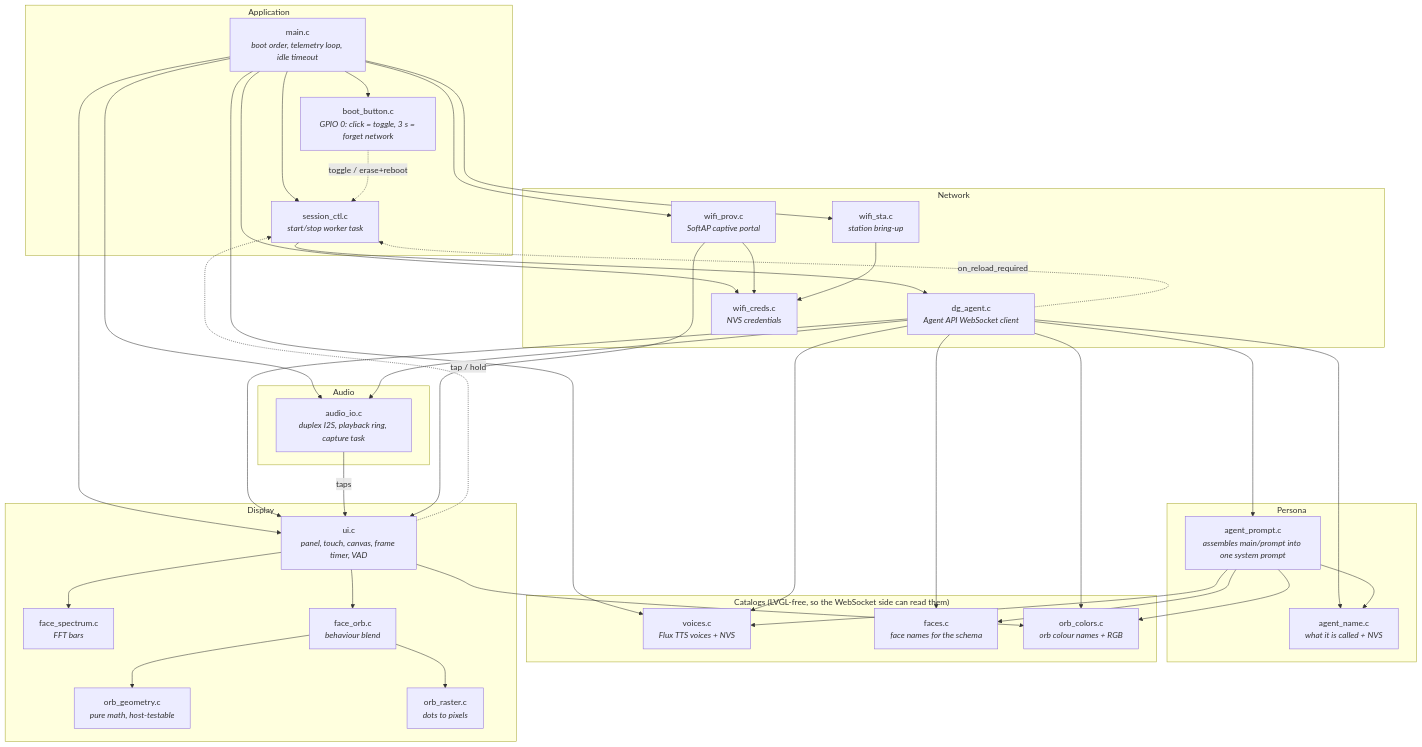
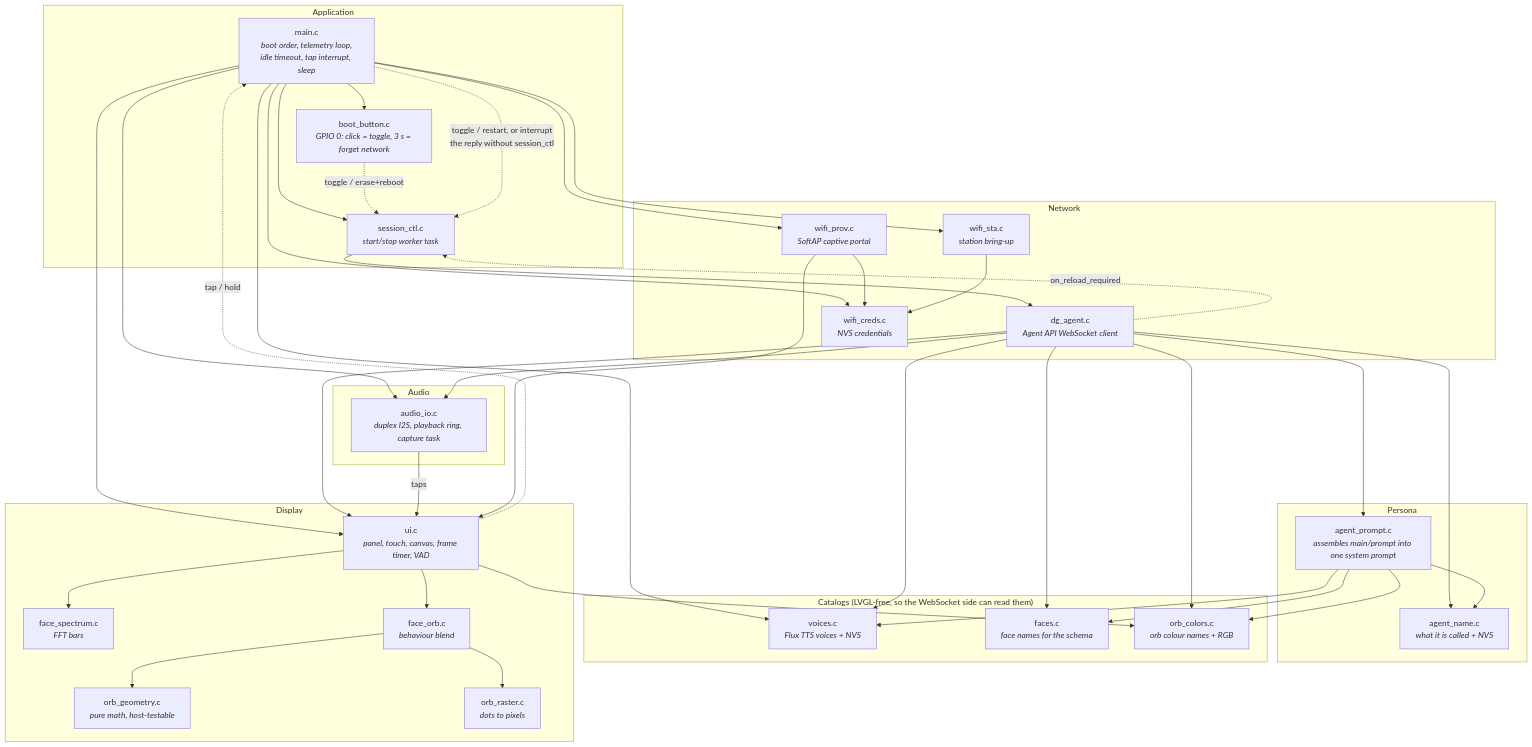
One commit to dg-edcharbeneau/esp32-deepgram-voice-agent changed the first of 9 diagrams in ARCHITECTURE.md. Above: the diagram before and after it, drawn with Mermaid. The commit also changed other lines of this file, not shown here.

Commit message:
updated architecture diagram to reflect new design decisions.

````diff
--- a/ARCHITECTURE.md
+++ b/ARCHITECTURE.md
@@ -20,52 +20,53 @@
 ```mermaid
 flowchart TB
     subgraph app["Application"]
-        main["main.c<br/><i>boot order, telemetry loop, idle timeout</i>"]
+        main["main.c<br/><i>boot order, telemetry loop,<br/>idle timeout, tap interrupt, sleep</i>"]
         session["session_ctl.c<br/><i>start/stop worker task</i>"]
         boot["boot_button.c<br/><i>GPIO 0: click = toggle, 3 s = forget network</i>"]
     end
 
     subgraph net["Network"]
         agent["dg_agent.c<br/><i>Agent API WebSocket client</i>"]
         sta["wifi_sta.c<br/><i>station bring-up</i>"]
         creds["wifi_creds.c<br/><i>NVS credentials</i>"]
         prov["wifi_prov.c<br/><i>SoftAP captive portal</i>"]
     end
 
     subgraph persona["Persona"]
         prompt["agent_prompt.c<br/><i>assembles main/prompt into one system prompt</i>"]
         aname["agent_name.c<br/><i>what it is called + NVS</i>"]
     end
 
     subgraph cat["Catalogs (LVGL-free, so the WebSocket side can read them)"]
         voices["voices.c<br/><i>Flux TTS voices + NVS</i>"]
         faces["faces.c<br/><i>face names for the schema</i>"]
         colors["orb_colors.c<br/><i>orb colour names + RGB</i>"]
     end
 
     subgraph audio["Audio"]
         aio["audio_io.c<br/><i>duplex I2S, playback ring, capture task</i>"]
     end
 
     subgraph disp["Display"]
         ui["ui.c<br/><i>panel, touch, canvas, frame timer, VAD</i>"]
         spectrum["face_spectrum.c<br/><i>FFT bars</i>"]
         orbface["face_orb.c<br/><i>behaviour blend</i>"]
         geo["orb_geometry.c<br/><i>pure math, host-testable</i>"]
         raster["orb_raster.c<br/><i>dots to pixels</i>"]
     end
 
     main --> session & aio & ui & boot & sta & creds & prov & voices
     session --> agent
     agent --> voices & faces & colors & ui & aio & prompt & aname
     prompt --> voices & faces & colors & aname
     agent -. "on_reload_required" .-> session
     boot -. "toggle / erase+reboot" .-> session
-    ui -. "tap / hold" .-> session
+    main -. "toggle / restart, or interrupt<br/>the reply without session_ctl" .-> session
+    ui -. "tap / hold" .-> main
     aio -- "taps" --> ui
     ui --> spectrum & orbface
     ui --> colors
     orbface --> geo & raster
     prov --> creds & ui
     sta --> creds
 ```
````
